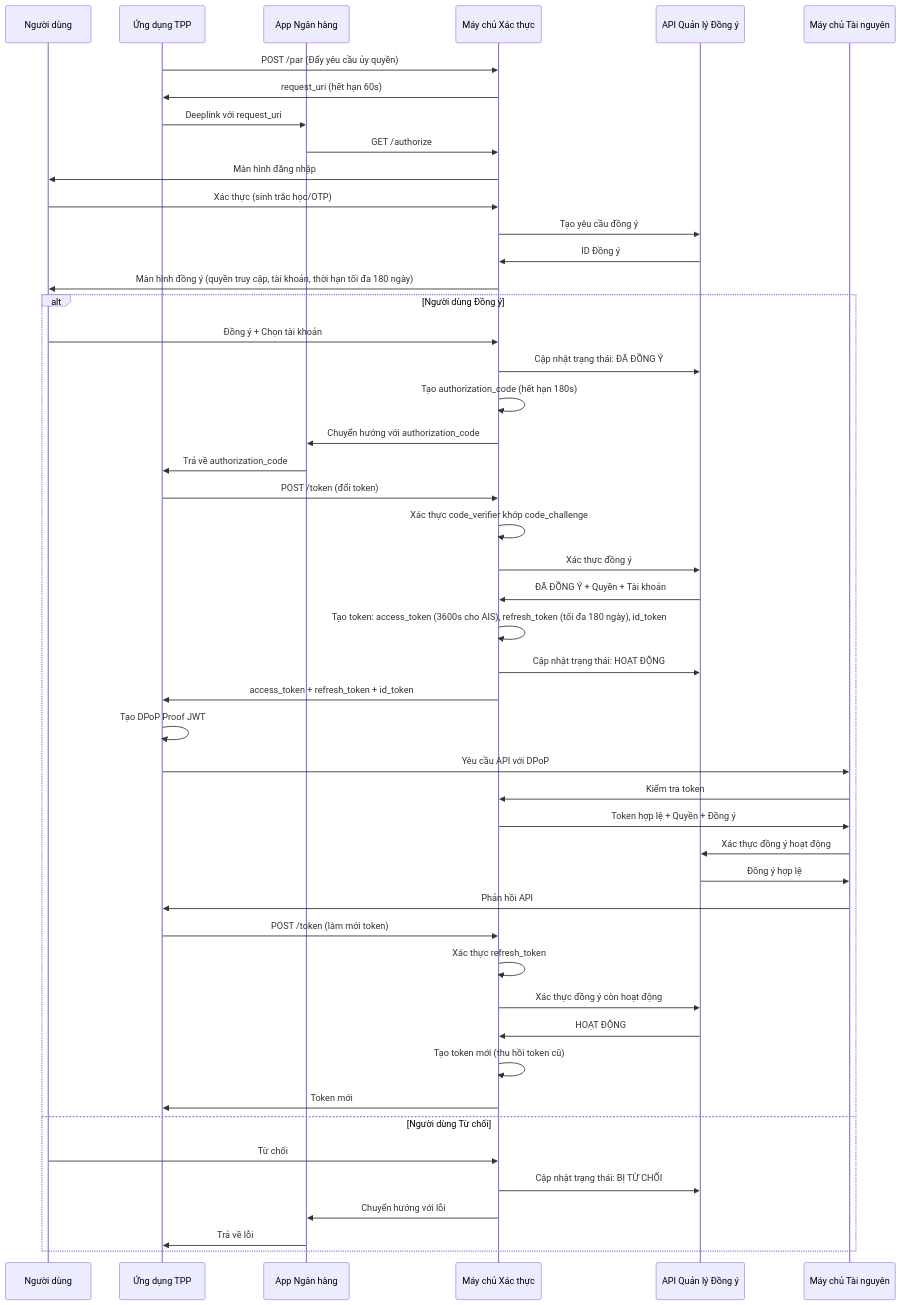
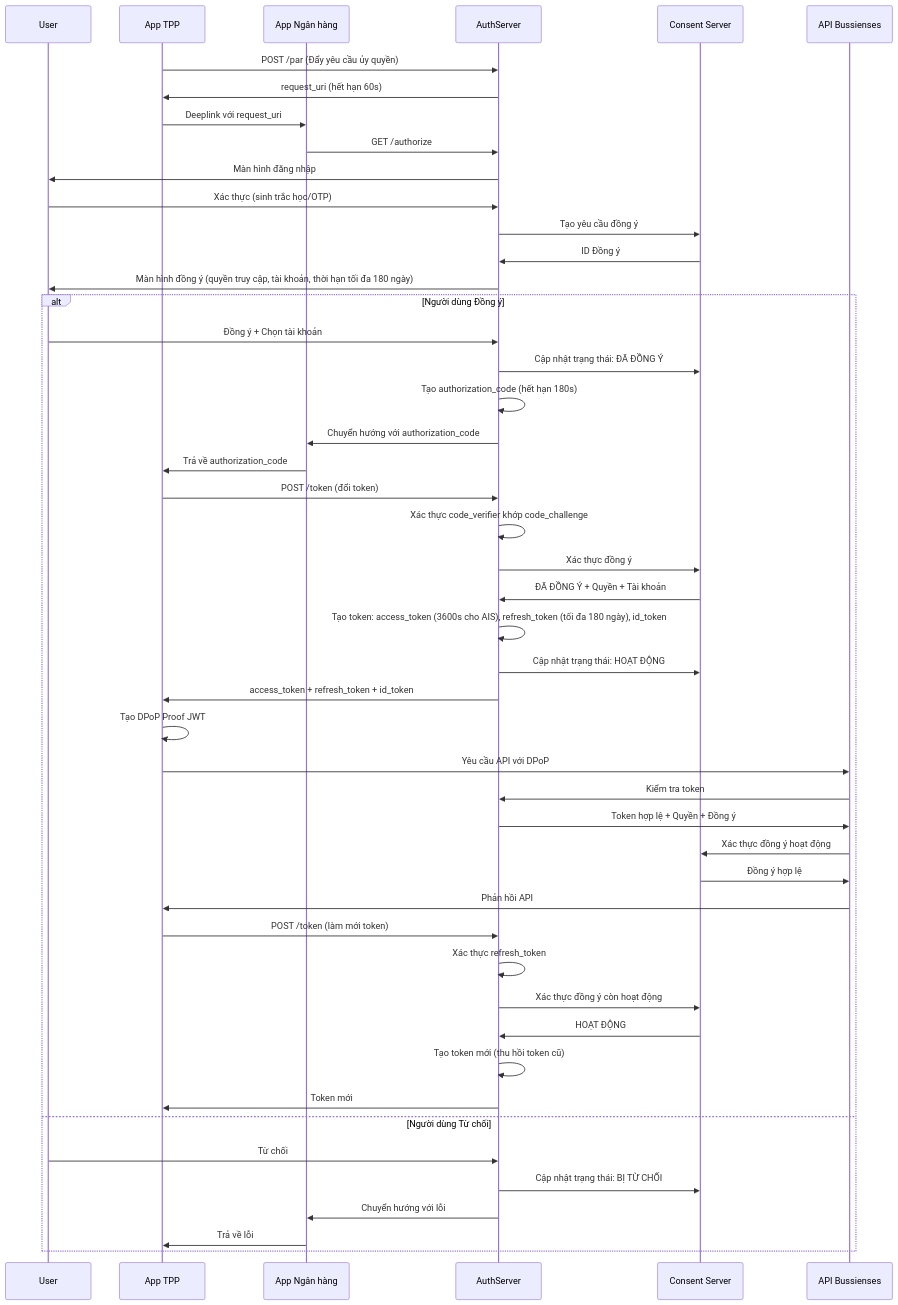
Before and after one commit to huuhoait/openbanking-vn-specs: the first of 4 diagrams in 02-Bao-mat-va-Xac-thuc-new.md, drawn with Mermaid. The commit also changed other lines of this file, not shown here.

````diff
--- a/02-Bao-mat-va-Xac-thuc-new.md
+++ b/02-Bao-mat-va-Xac-thuc-new.md
@@ -42,61 +42,61 @@
 ```mermaid
 sequenceDiagram
-    participant User as Người dùng
-    participant TPP as Ứng dụng TPP
+    participant User as User
+    participant TPP as App TPP
     participant App as App Ngân hàng
-    participant AuthServer as Máy chủ Xác thực
-    participant ConsentAPI as API Quản lý Đồng ý
-    participant ResourceServer as Máy chủ Tài nguyên
+    participant AuthServer as AuthServer
+    participant ConsentAPI as Consent Server
+    participant ResourceServer as API Bussienses
     
     TPP->>AuthServer: POST /par (Đẩy yêu cầu ủy quyền)
     AuthServer->>TPP: request_uri (hết hạn 60s)
     
     TPP->>App: Deeplink với request_uri
     App->>AuthServer: GET /authorize
     AuthServer->>User: Màn hình đăng nhập
     User->>AuthServer: Xác thực (sinh trắc học/OTP)
     
     AuthServer->>ConsentAPI: Tạo yêu cầu đồng ý
     ConsentAPI->>AuthServer: ID Đồng ý
     
     AuthServer->>User: Màn hình đồng ý (quyền truy cập, tài khoản, thời hạn tối đa 180 ngày)
     
     alt Người dùng Đồng ý
         User->>AuthServer: Đồng ý + Chọn tài khoản
         AuthServer->>ConsentAPI: Cập nhật trạng thái: ĐÃ ĐỒNG Ý
         AuthServer->>AuthServer: Tạo authorization_code (hết hạn 180s)
         AuthServer->>App: Chuyển hướng với authorization_code
         App->>TPP: Trả về authorization_code
         
         TPP->>AuthServer: POST /token (đổi token)
         AuthServer->>AuthServer: Xác thực code_verifier khớp code_challenge
         AuthServer->>ConsentAPI: Xác thực đồng ý
         ConsentAPI->>AuthServer: ĐÃ ĐỒNG Ý + Quyền + Tài khoản
         
         AuthServer->>AuthServer: Tạo token: access_token (3600s cho AIS), refresh_token (tối đa 180 ngày), id_token
         AuthServer->>ConsentAPI: Cập nhật trạng thái: HOẠT ĐỘNG
         AuthServer->>TPP: access_token + refresh_token + id_token
         
         TPP->>TPP: Tạo DPoP Proof JWT
         TPP->>ResourceServer: Yêu cầu API với DPoP
         ResourceServer->>AuthServer: Kiểm tra token
         AuthServer->>ResourceServer: Token hợp lệ + Quyền + Đồng ý
         ResourceServer->>ConsentAPI: Xác thực đồng ý hoạt động
         ConsentAPI->>ResourceServer: Đồng ý hợp lệ
         ResourceServer->>TPP: Phản hồi API
         
         TPP->>AuthServer: POST /token (làm mới token)
         AuthServer->>AuthServer: Xác thực refresh_token
         AuthServer->>ConsentAPI: Xác thực đồng ý còn hoạt động
         ConsentAPI->>AuthServer: HOẠT ĐỘNG
         
         AuthServer->>AuthServer: Tạo token mới (thu hồi token cũ)
         AuthServer->>TPP: Token mới
         
     else Người dùng Từ chối
         User->>AuthServer: Từ chối
         AuthServer->>ConsentAPI: Cập nhật trạng thái: BỊ TỪ CHỐI
         AuthServer->>App: Chuyển hướng với lỗi
         App->>TPP: Trả về lỗi
     end
 ```
````
